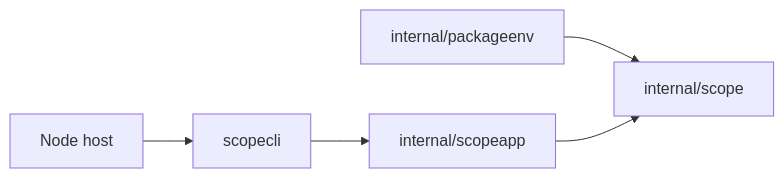
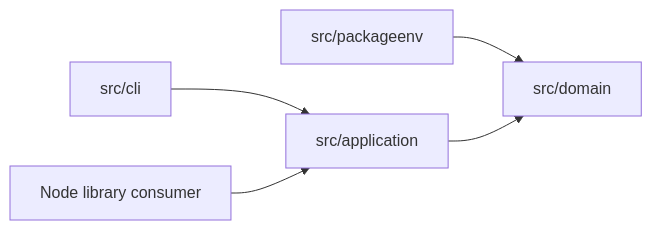
One commit to SWdrift/locus-scope changed the diagram in documents/design/protocol/CORE_API.md. Above: the diagram before and after it, drawn with Mermaid. The commit also changed other lines of this file and 111 other files, not shown here.

````diff
--- a/documents/design/protocol/CORE_API.md
+++ b/documents/design/protocol/CORE_API.md
@@ -13,13 +13,13 @@
 ```mermaid
 flowchart LR
-    CLI[scopecli]
-    HOST[Node host]
-    APP[internal/scopeapp]
-    DOMAIN[internal/scope]
-    ENV[internal/packageenv]
+    CLI[src/cli]
+    LIB[Node library consumer]
+    APP[src/application]
+    DOMAIN[src/domain]
+    ENV[src/packageenv]
 
     CLI --> APP
-    HOST --> CLI
+    LIB --> APP
     ENV --> DOMAIN
     APP --> DOMAIN
 ```
````
